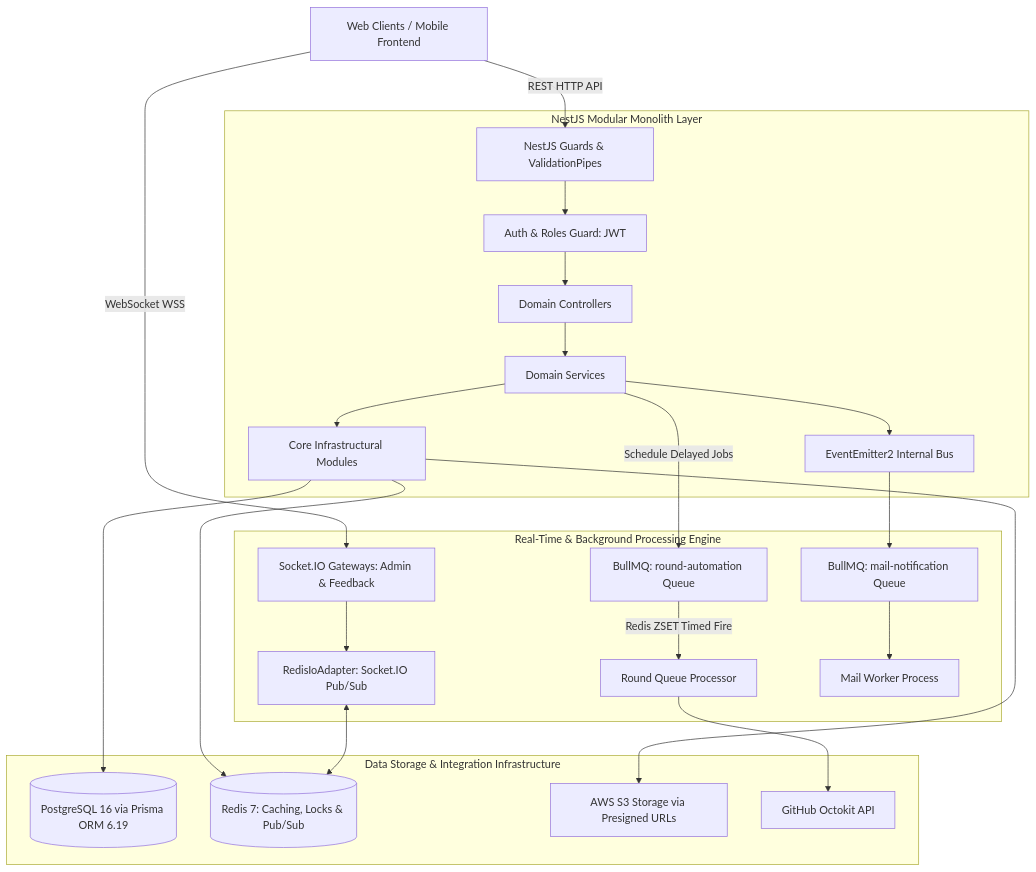
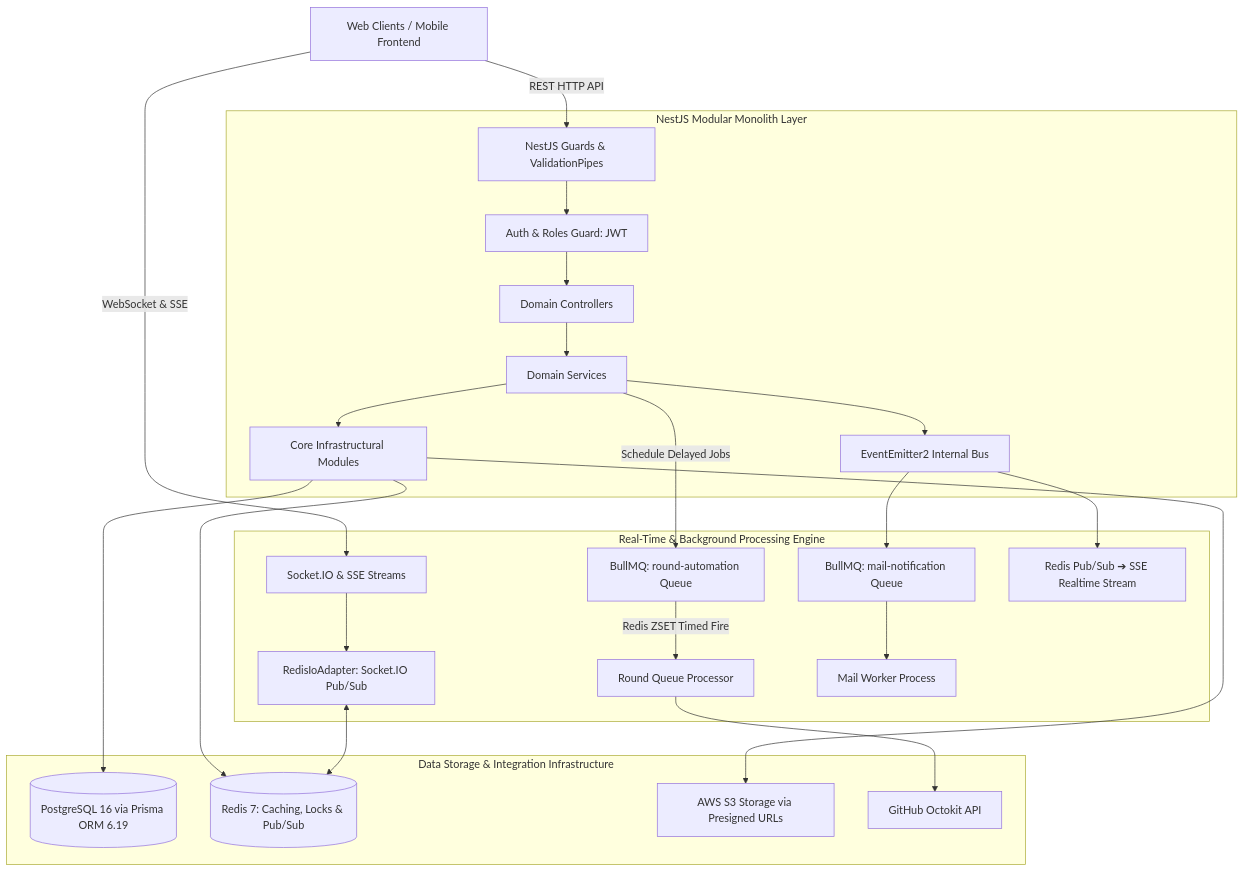
One commit to SEAL-WDP301/SEAL-WDP301-monorepo changed the diagram in BE/README.md. Above: the diagram before and after it, drawn with Mermaid. The commit also changed other lines of this file and 12 other files, not shown here.

````diff
--- a/BE/README.md
+++ b/BE/README.md
@@ -35,29 +35,30 @@
 ```mermaid
 graph TD
     Client[Web Clients / Mobile Frontend] -->|REST HTTP API| API_Gateway[NestJS Guards & ValidationPipes]
-    Client -->|WebSocket WSS| Ws_Gateway[Socket.IO Gateways: Admin & Feedback]
+    Client -->|WebSocket & SSE| Ws_Gateway[Socket.IO & SSE Streams]
 
     subgraph "NestJS Modular Monolith Layer"
         API_Gateway --> Guard[Auth & Roles Guard: JWT]
         Guard --> Controller[Domain Controllers]
         Controller --> Service[Domain Services]
         Service --> EventBus[EventEmitter2 Internal Bus]
         Service --> Core[Core Infrastructural Modules]
     end
 
     subgraph "Real-Time & Background Processing Engine"
         Ws_Gateway --> RedisAdapter[RedisIoAdapter: Socket.IO Pub/Sub]
         Service -->|Schedule Delayed Jobs| Bull_Queue[BullMQ: round-automation Queue]
         Bull_Queue -->|Redis ZSET Timed Fire| AutoWorker[Round Queue Processor]
         EventBus --> Bull_Mail[BullMQ: mail-notification Queue]
         Bull_Mail --> MailWorker[Mail Worker Process]
+        EventBus --> RedisPubSub[Redis Pub/Sub ➔ SSE Realtime Stream]
     end
 
     subgraph "Data Storage & Integration Infrastructure"
         Core --> DB[(PostgreSQL 16 via Prisma ORM 6.19)]
         Core --> Redis[(Redis 7: Caching, Locks & Pub/Sub)]
         Core --> S3[AWS S3 Storage via Presigned URLs]
         AutoWorker --> GitHub[GitHub Octokit API]
         RedisAdapter <--> Redis
     end
 ```
````
